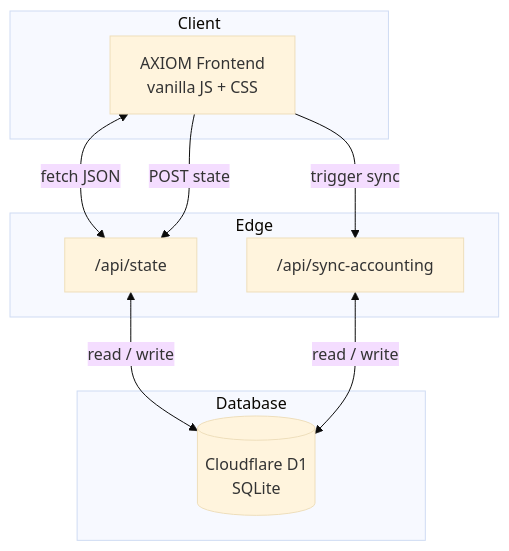
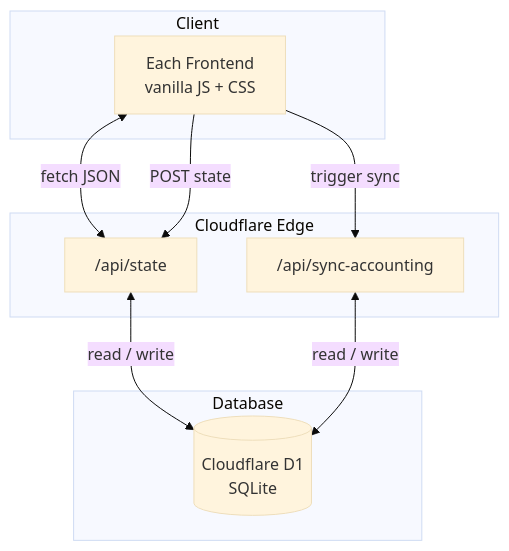
The second of 3 diagrams in README.md (Nonarkara/each), drawn with Mermaid (base theme) before and after one commit. The commit also changed other lines of this file and 7 other files, not shown here.

First line of the commit message:
refactor: rebrand UI, README, and design system from AXIOM to Each

````diff
--- a/README.md
+++ b/README.md
@@ -47,19 +73,19 @@
 ```mermaid
 flowchart TB
     subgraph Client
-        A[AXIOM Frontend<br/>vanilla JS + CSS]
+        A[Each Frontend<br/>vanilla JS + CSS]
     end
-    subgraph Edge
+    subgraph Edge["Cloudflare Edge"]
         B["/api/state"]
         C["/api/sync-accounting"]
     end
     subgraph Database
         D[(Cloudflare D1<br/>SQLite)]
     end
 
     A <-->|fetch JSON| B
     A -->|POST state| B
     A -->|trigger sync| C
     B <-->|read / write| D
     C <-->|read / write| D
 ```
````
